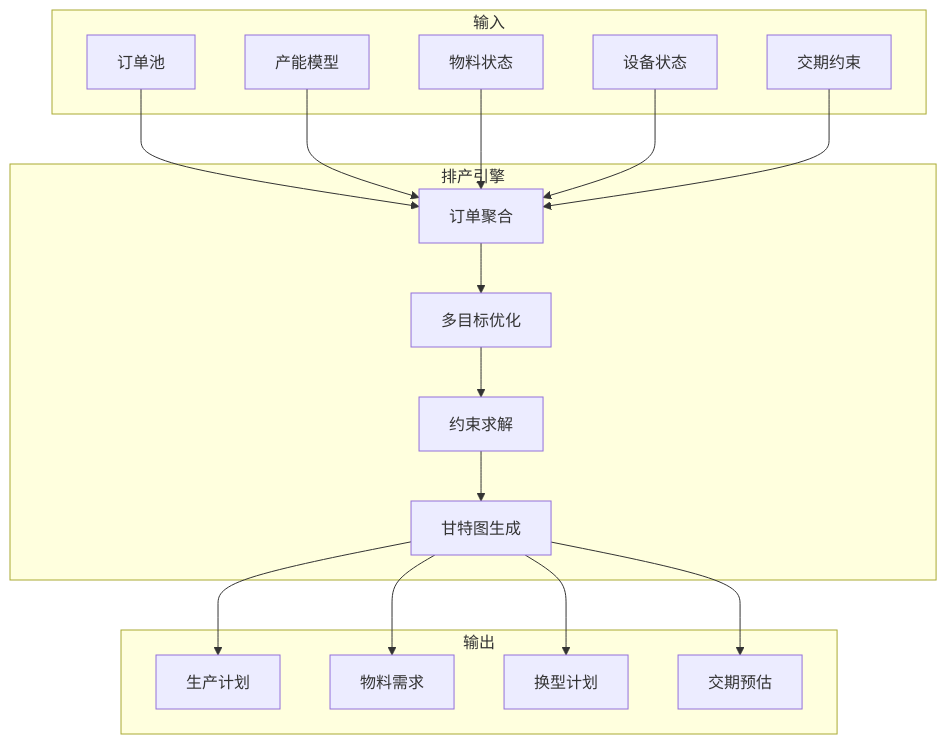
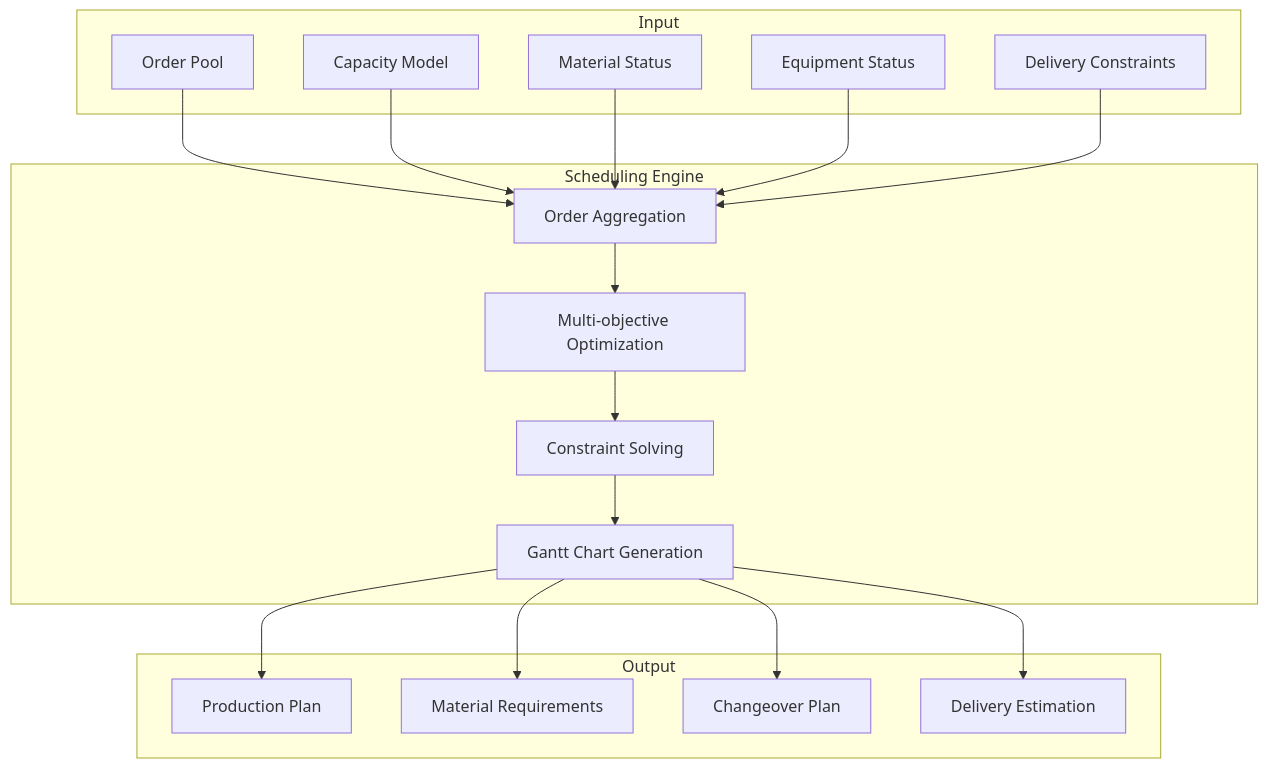
The third of 3 diagrams in tree/application/architecture/flexible-manufacturing.md (teaglebuilt/knowledge-tree), drawn with Mermaid before and after one commit. The commit also changed other lines of this file and 8 other files, not shown here.

````diff
--- a/tree/application/architecture/flexible-manufacturing.md
+++ b/tree/application/architecture/flexible-manufacturing.md
@@ -249,28 +251,28 @@
 ```mermaid
 graph TB
-    subgraph 输入
-        I1[订单池]
-        I2[产能模型]
-        I3[物料状态]
-        I4[设备状态]
-        I5[交期约束]
+    subgraph Input
+        I1[Order Pool]
+        I2[Capacity Model]
+        I3[Material Status]
+        I4[Equipment Status]
+        I5[Delivery Constraints]
     end
 
-    subgraph 排产引擎
-        E1[订单聚合]
-        E2[多目标优化]
-        E3[约束求解]
-        E4[甘特图生成]
+    subgraph Scheduling Engine
+        E1[Order Aggregation]
+        E2[Multi-objective Optimization]
+        E3[Constraint Solving]
+        E4[Gantt Chart Generation]
     end
 
-    subgraph 输出
-        O1[生产计划]
-        O2[物料需求]
-        O3[换型计划]
-        O4[交期预估]
+    subgraph Output
+        O1[Production Plan]
+        O2[Material Requirements]
+        O3[Changeover Plan]
+        O4[Delivery Estimation]
     end
 
     I1 & I2 & I3 & I4 & I5 --> E1
     E1 --> E2 --> E3 --> E4
     E4 --> O1 & O2 & O3 & O4
 ```
````
